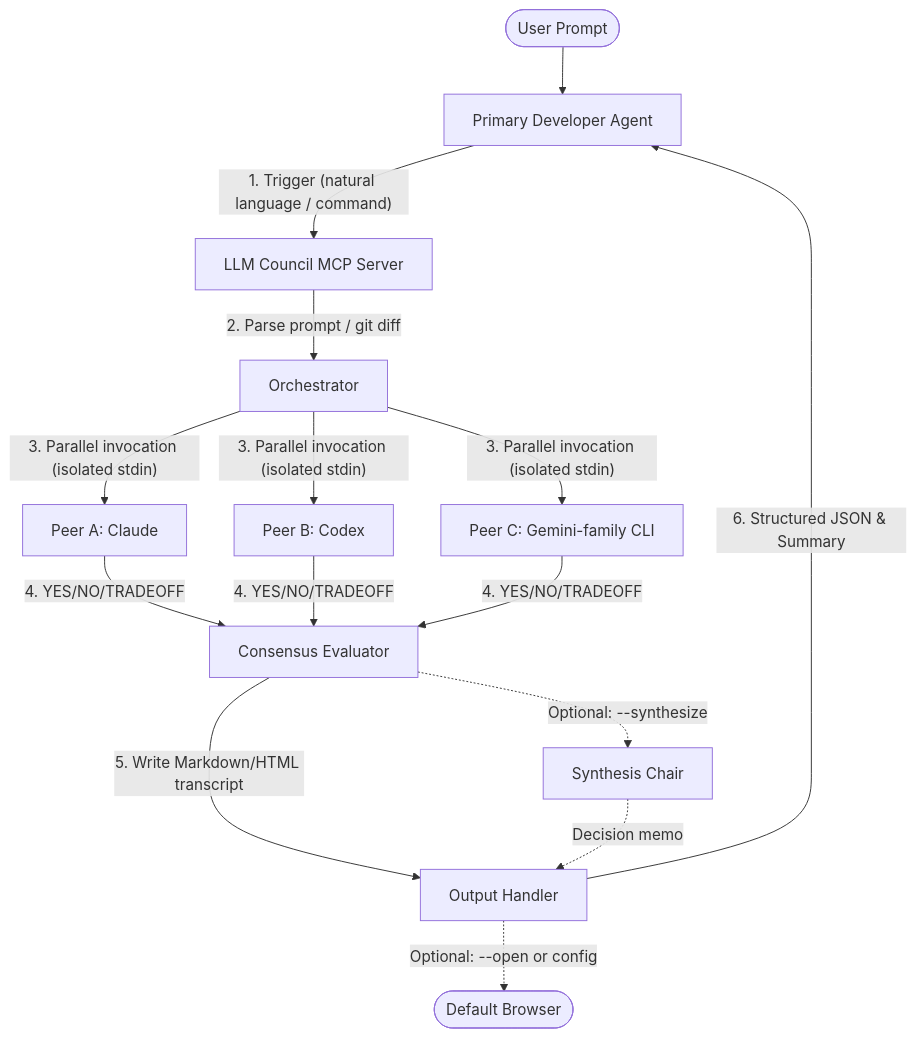
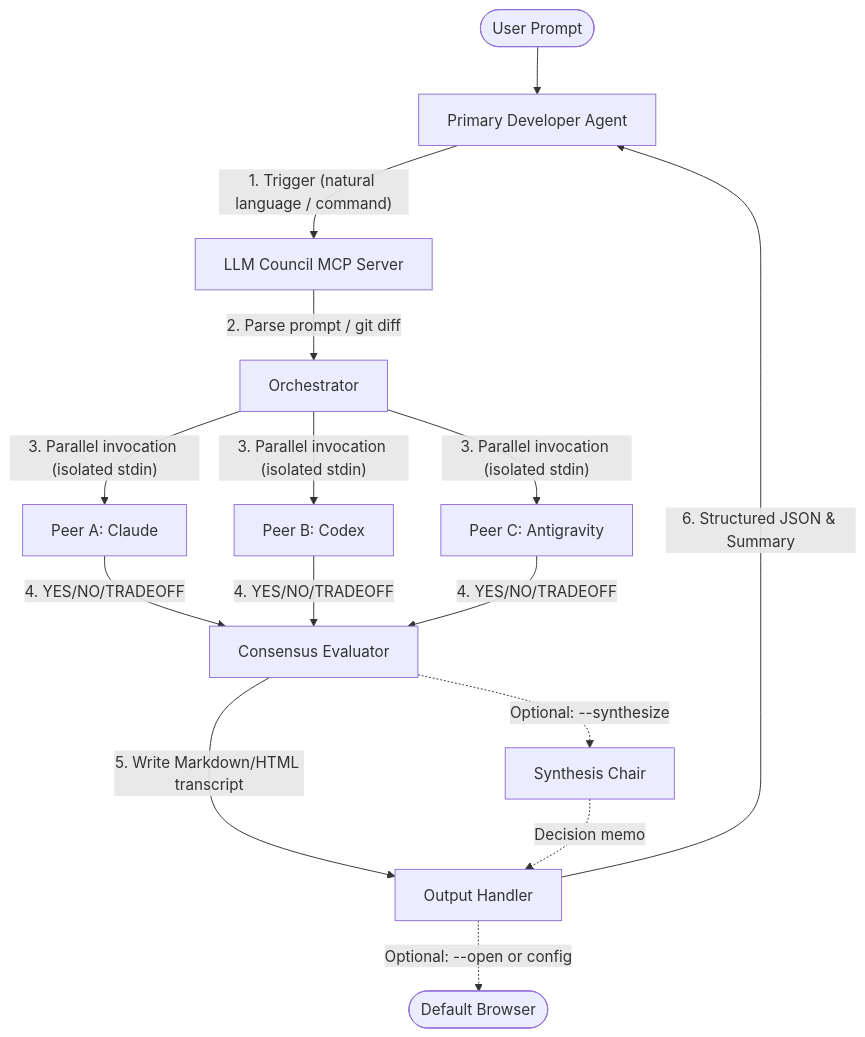
Before and after one commit to Intellimetrics/llm-council: the diagram in README.md, drawn with Mermaid. The commit also changed other lines of this file and 3 other files, not shown here.

````diff
--- a/README.md
+++ b/README.md
@@ -22,17 +22,17 @@
 ```mermaid
 graph TD
     User([User Prompt]) --> Agent[Primary Developer Agent]
     Agent -- "1. Trigger (natural language / command)" --> Server[LLM Council MCP Server]
     Server -- "2. Parse prompt / git diff" --> Orchestrator[Orchestrator]
     Orchestrator -- "3. Parallel invocation (isolated stdin)" --> PeerA[Peer A: Claude]
     Orchestrator -- "3. Parallel invocation (isolated stdin)" --> PeerB[Peer B: Codex]
-    Orchestrator -- "3. Parallel invocation (isolated stdin)" --> PeerC[Peer C: Gemini-family CLI]
+    Orchestrator -- "3. Parallel invocation (isolated stdin)" --> PeerC[Peer C: Antigravity]
     PeerA -- "4. YES/NO/TRADEOFF" --> Consensus[Consensus Evaluator]
     PeerB -- "4. YES/NO/TRADEOFF" --> Consensus
     PeerC -- "4. YES/NO/TRADEOFF" --> Consensus
     Consensus -- "5. Write Markdown/HTML transcript" --> Out[Output Handler]
     Consensus -. "Optional: --synthesize" .-> Synth[Synthesis Chair]
     Synth -. "Decision memo" .-> Out
     Out -. "Optional: --open or config" .-> Browser([Default Browser])
     Out -- "6. Structured JSON & Summary" --> Agent
 ```
````
